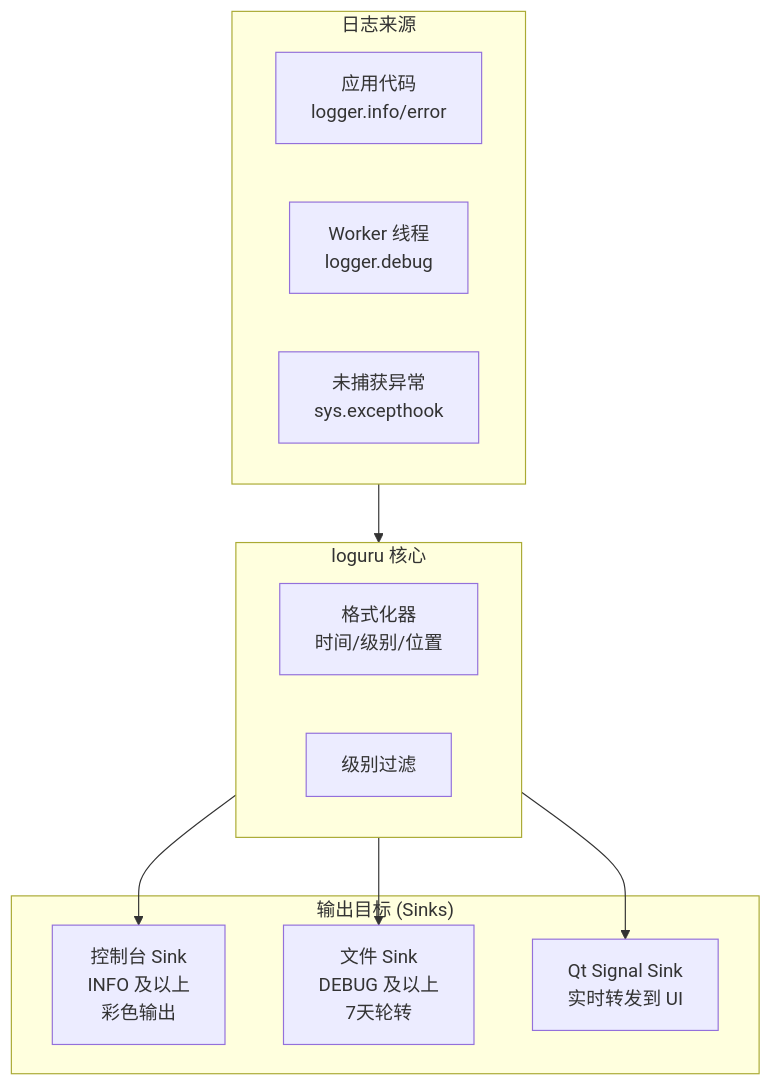
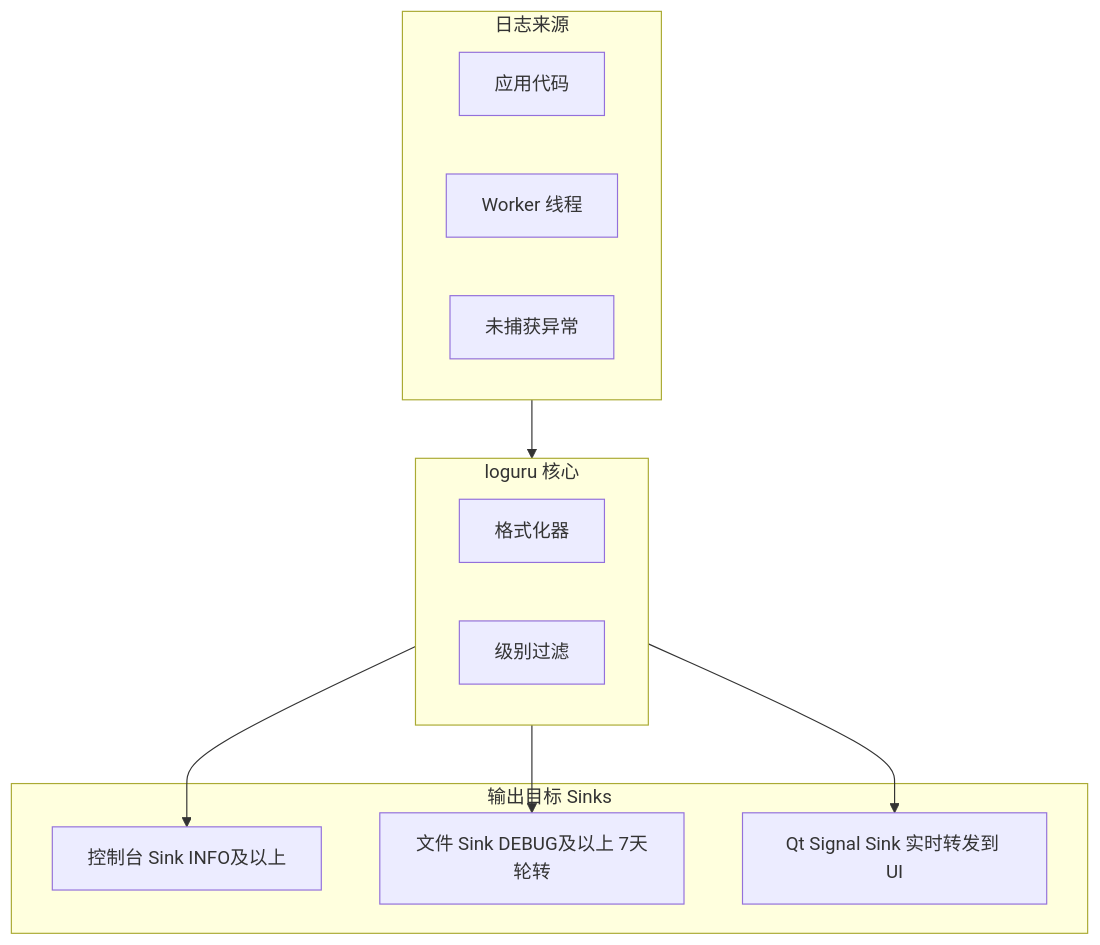
Diagram 18 of 24 in docs/ARCHITECTURE.md (prideicker/FluentYTDL), drawn with Mermaid before and after one commit. The commit also changed other lines of this file, not shown here.

Commit message:
fix: 修复所有 Mermaid 图表 GitHub 渲染问题 (移除 br 标签和特殊字符)

````diff
--- a/docs/ARCHITECTURE.md
+++ b/docs/ARCHITECTURE.md
@@ -981,24 +981,24 @@
 ```mermaid
 flowchart TD
     subgraph Sources["日志来源"]
-        App[应用代码<br/>logger.info/error]
-        Worker[Worker 线程<br/>logger.debug]
-        Exception[未捕获异常<br/>sys.excepthook]
+        App["应用代码"]
+        Worker["Worker 线程"]
+        Exception["未捕获异常"]
     end
     
     subgraph Loguru["loguru 核心"]
-        Format[格式化器<br/>时间/级别/位置]
-        Filter[级别过滤]
+        Format["格式化器"]
+        Filter["级别过滤"]
     end
     
-    subgraph Sinks["输出目标 (Sinks)"]
-        Console[控制台 Sink<br/>INFO 及以上<br/>彩色输出]
-        File[文件 Sink<br/>DEBUG 及以上<br/>7天轮转]
-        Signal[Qt Signal Sink<br/>实时转发到 UI]
+    subgraph Sinks["输出目标 Sinks"]
+        Console["控制台 Sink INFO及以上"]
+        File["文件 Sink DEBUG及以上 7天轮转"]
+        Signal["Qt Signal Sink 实时转发到 UI"]
     end
     
     Sources --> Loguru
     Loguru --> Console
     Loguru --> File
     Loguru --> Signal
 ```
````
